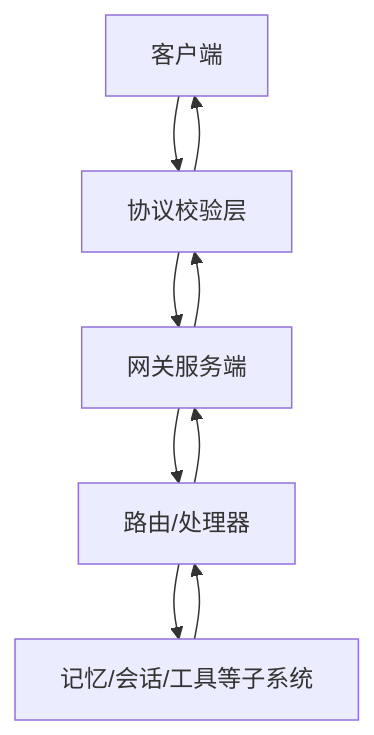
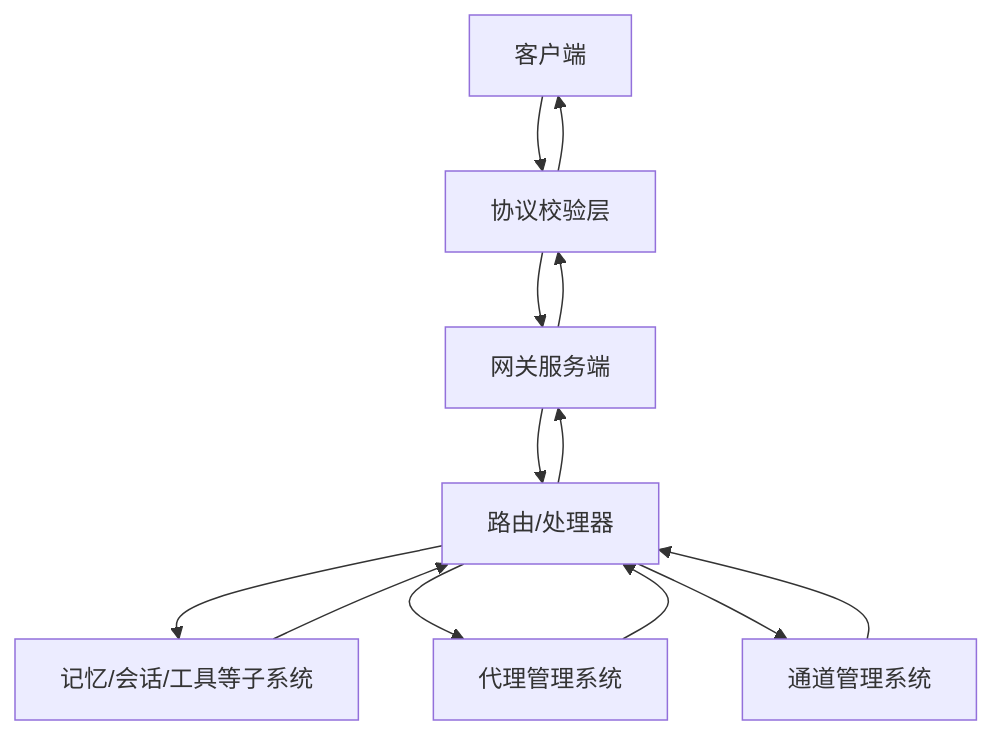
Diagram 11 of 14 in .qoder/repowiki/zh/content/核心概念/核心概念.md (verse-ai-org/openclaw), drawn with Mermaid before and after one commit. The commit also changed other lines of this file and 41 other files, not shown here.

````diff
--- a/.qoder/repowiki/zh/content/核心概念/核心概念.md
+++ b/.qoder/repowiki/zh/content/核心概念/核心概念.md
@@ -369,11 +567,15 @@
 ```mermaid
 graph TB
 C["客户端"] --> P["协议校验层"]
 P --> S["网关服务端"]
 S --> R["路由/处理器"]
 R --> M["记忆/会话/工具等子系统"]
+R --> AG["代理管理系统"]
+R --> CH["通道管理系统"]
+AG --> R
+CH --> R
 M --> R
 R --> S
 S --> P
 P --> C
 ```
````
